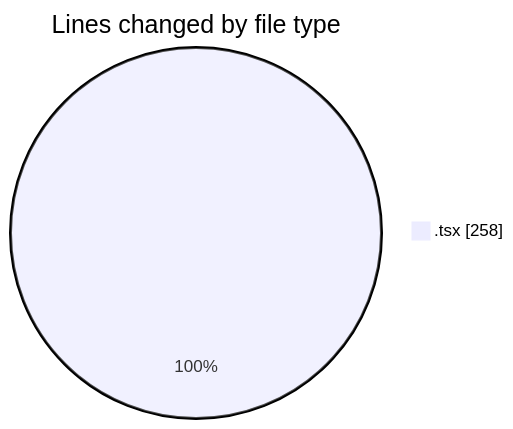
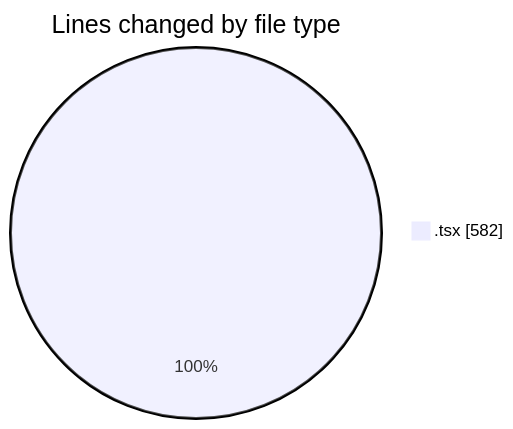
One commit to NitaiMahat/code-tracking changed the first of 2 diagrams in 2025-08-06/pif/README.md. Above: the diagram before and after it, drawn with Mermaid. The commit also changed other lines of this file and 1 other file, not shown here.

````diff
--- a/2025-08-06/pif/README.md
+++ b/2025-08-06/pif/README.md
@@ -20,5 +21,5 @@
 ```mermaid
 pie showData
 title Lines changed by file type
-".tsx" : 258
+".tsx" : 582
 ```
````
